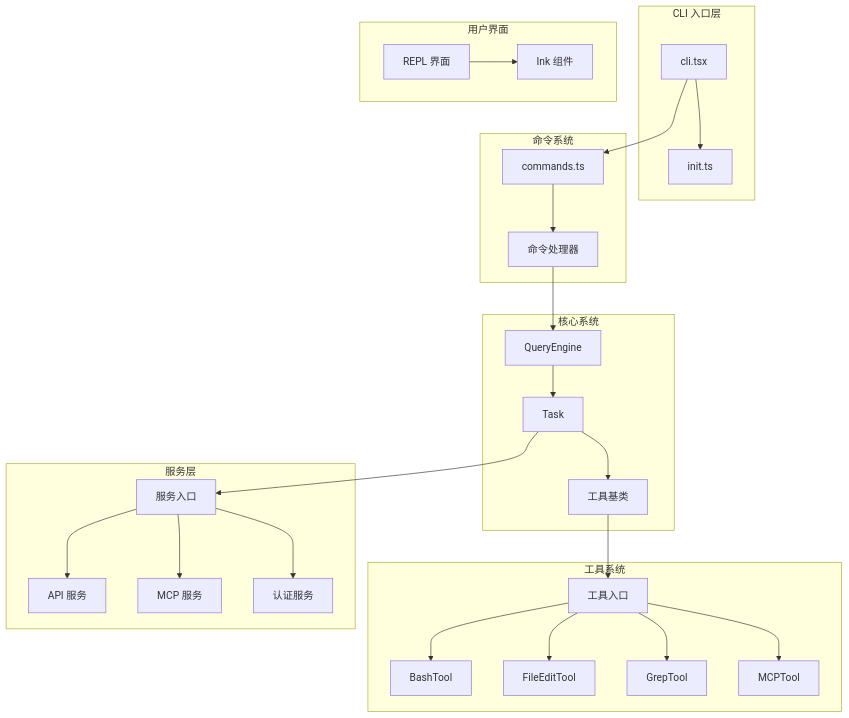
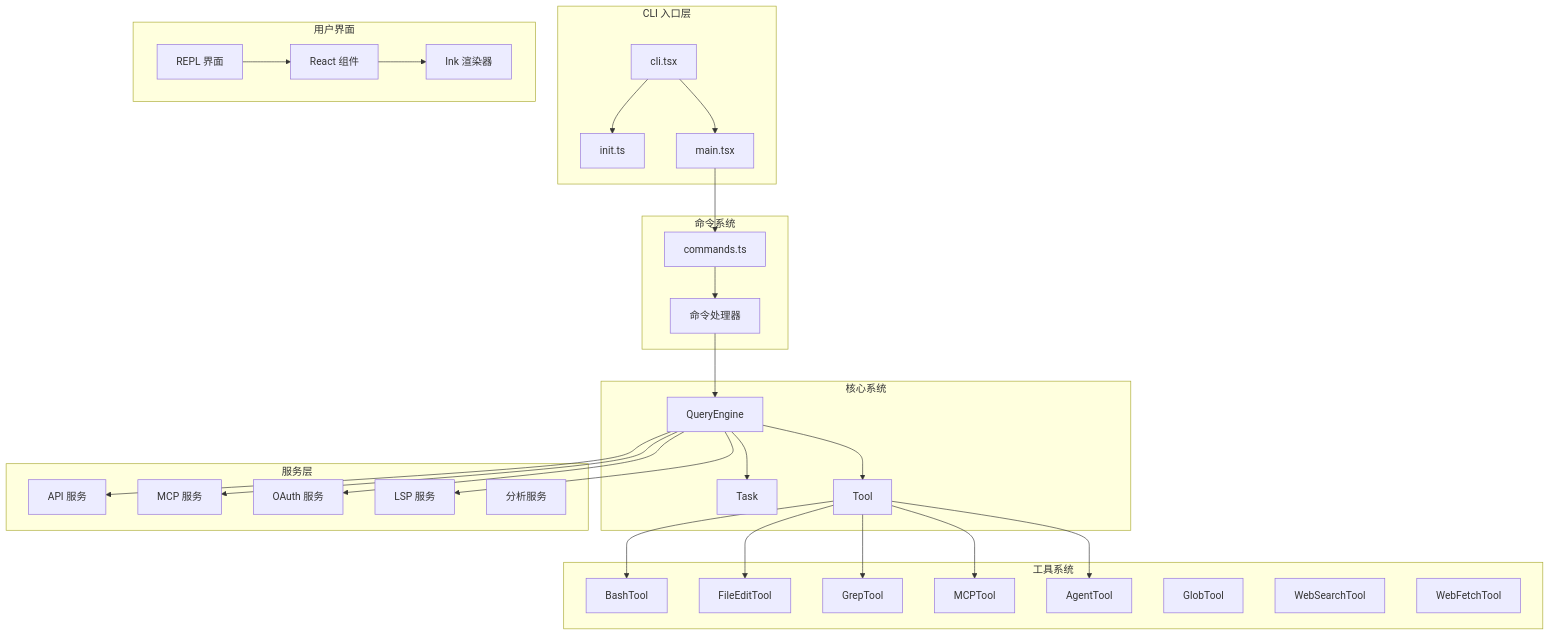
The diagram in .nium-wiki/wiki/index.md (niuma996/claude-code-sourcemap-wiki), drawn with Mermaid before and after one commit. The commit also changed other lines of this file and 1976 other files, not shown here.

````diff
--- a/.nium-wiki/wiki/index.md
+++ b/.nium-wiki/wiki/index.md
@@ -11,49 +15,57 @@
 ```mermaid
 flowchart TB
     subgraph CL ["CLI 入口层"]
         CLI[cli.tsx]
         Init[init.ts]
+        Main[main.tsx]
     end
     subgraph CM ["命令系统"]
         Commands[commands.ts]
         Handlers[命令处理器]
     end
     subgraph CS ["核心系统"]
         Query[QueryEngine]
         Task[Task]
-        ToolBase[工具基类]
+        ToolBase[Tool]
     end
     subgraph TS ["工具系统"]
-        ToolEntry[工具入口]
         Bash[BashTool]
         FileEdit[FileEditTool]
         Grep[GrepTool]
         MCPTool[MCPTool]
+        Agent[AgentTool]
+        Glob[GlobTool]
+        WebSearch[WebSearchTool]
+        WebFetch[WebFetchTool]
     end
     subgraph SV ["服务层"]
-        ServiceEntry[服务入口]
         API[API 服务]
         MCP_Svc[MCP 服务]
-        Auth[认证服务]
+        OAuth[OAuth 服务]
+        LSP[LSP 服务]
+        Analytics[分析服务]
     end
-    subgraph UL ["用户界面"]
+    subgraph UI ["用户界面"]
         REPL[REPL 界面]
-        Ink[Ink 组件]
+        Components[React 组件]
+        Ink[Ink 渲染器]
     end
     CLI --> Init
-    CLI --> Commands
+    CLI --> Main
+    Main --> Commands
     Commands --> Handlers
     Handlers --> Query
     Query --> Task
-    Task --> ToolBase
-    Task --> ServiceEntry
-    ToolBase --> ToolEntry
-    ToolEntry --> Bash
-    ToolEntry --> FileEdit
-    ToolEntry --> Grep
-    ToolEntry --> MCPTool
-    ServiceEntry --> API
-    ServiceEntry --> MCP_Svc
-    ServiceEntry --> Auth
-    REPL --> Ink
+    Query --> ToolBase
+    ToolBase --> Bash
+    ToolBase --> FileEdit
+    ToolBase --> Grep
+    ToolBase --> MCPTool
+    ToolBase --> Agent
+    Query --> API
+    Query --> MCP_Svc
+    Query --> OAuth
+    Query --> LSP
+    REPL --> Components
+    Components --> Ink
 ```
````
